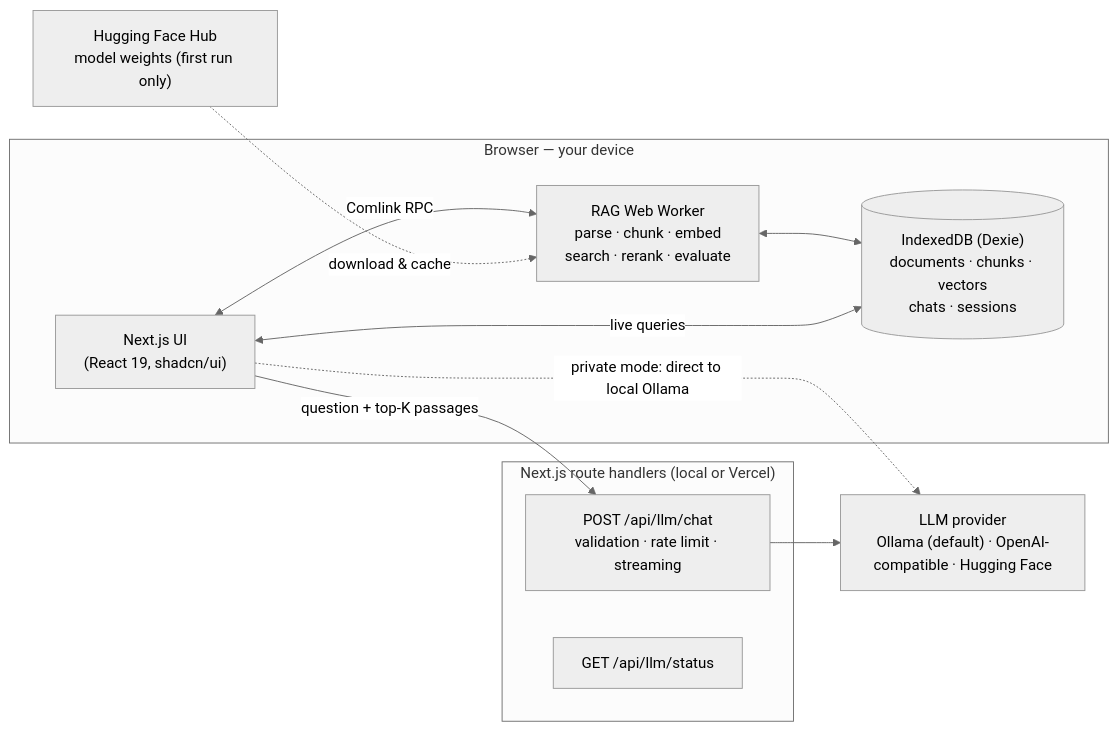
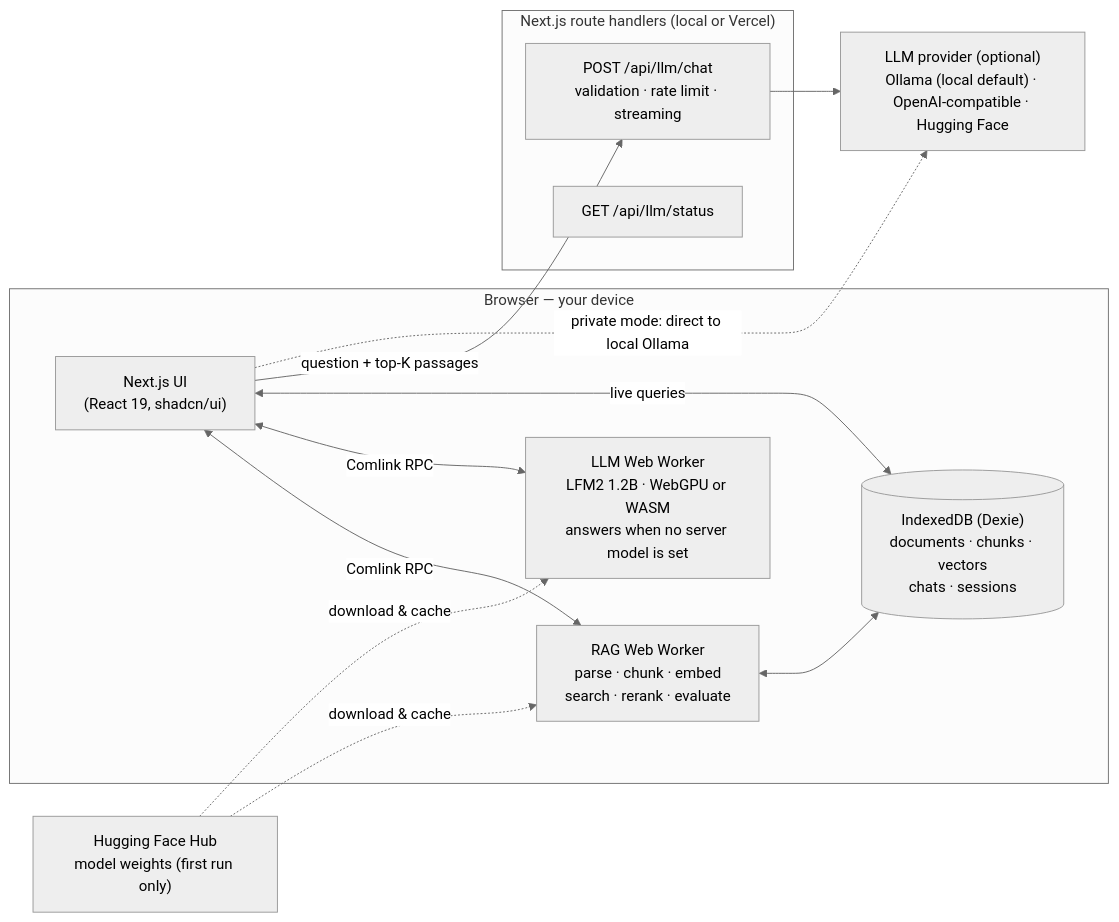
Before and after one commit to gundeeps247/resumerag: the first of 3 diagrams in README.md, drawn with Mermaid (neutral theme). The commit also changed other lines of this file and 7 other files, not shown here.

````diff
--- a/README.md
+++ b/README.md
@@ -69,19 +78,22 @@
 ```mermaid
 flowchart LR
   subgraph Browser["Browser — your device"]
     UI["Next.js UI<br/>(React 19, shadcn/ui)"]
     W["RAG Web Worker<br/>parse · chunk · embed<br/>search · rerank · evaluate"]
+    G["LLM Web Worker<br/>LFM2 1.2B · WebGPU or WASM<br/>answers when no server model is set"]
     DB[("IndexedDB (Dexie)<br/>documents · chunks · vectors<br/>chats · sessions")]
     UI <-->|Comlink RPC| W
+    UI <-->|Comlink RPC| G
     W <--> DB
     UI <-->|live queries| DB
   end
   HUB["Hugging Face Hub<br/>model weights (first run only)"] -. download & cache .-> W
+  HUB -. download & cache .-> G
   subgraph Server["Next.js route handlers (local or Vercel)"]
     API["POST /api/llm/chat<br/>validation · rate limit · streaming"]
     STATUS["GET /api/llm/status"]
   end
   UI -->|question + top-K passages| API
-  API --> LLM["LLM provider<br/>Ollama (default) · OpenAI-compatible · Hugging Face"]
+  API --> LLM["LLM provider (optional)<br/>Ollama (local default) · OpenAI-compatible · Hugging Face"]
   UI -. "private mode: direct to local Ollama" .-> LLM
 ```
````
